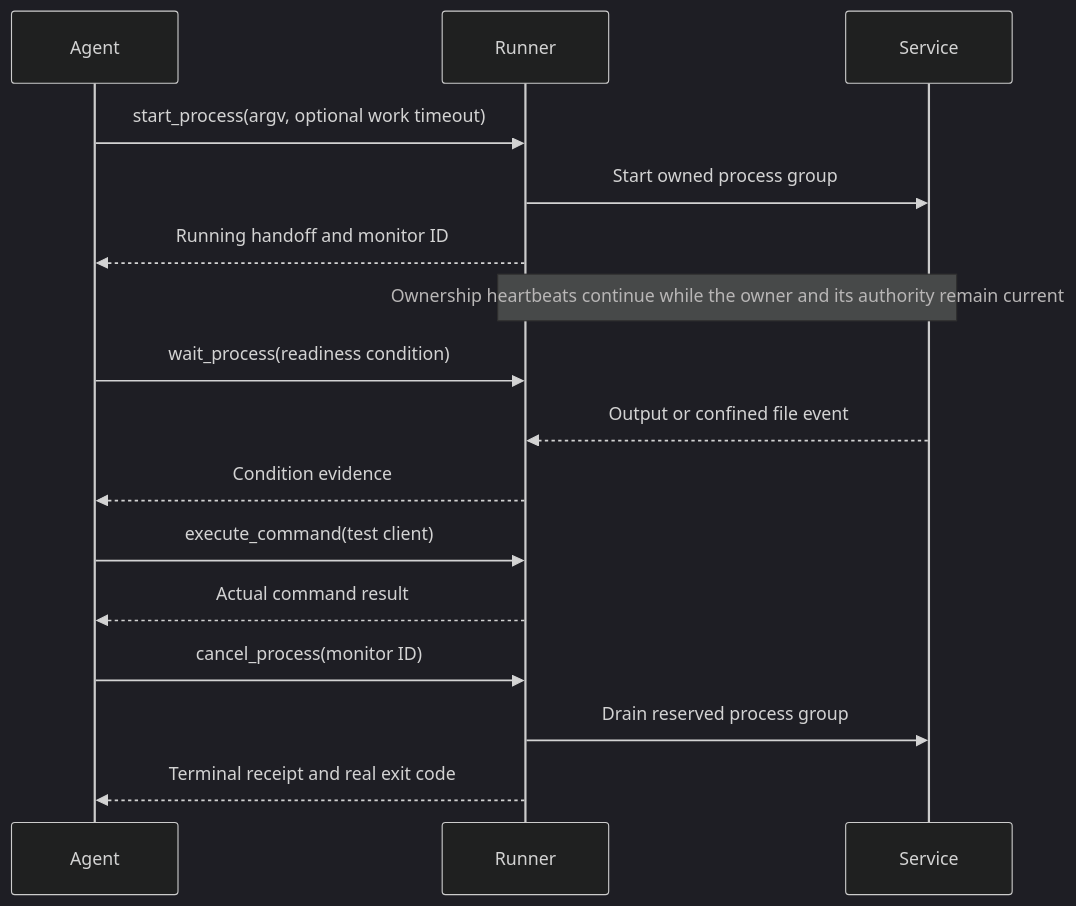
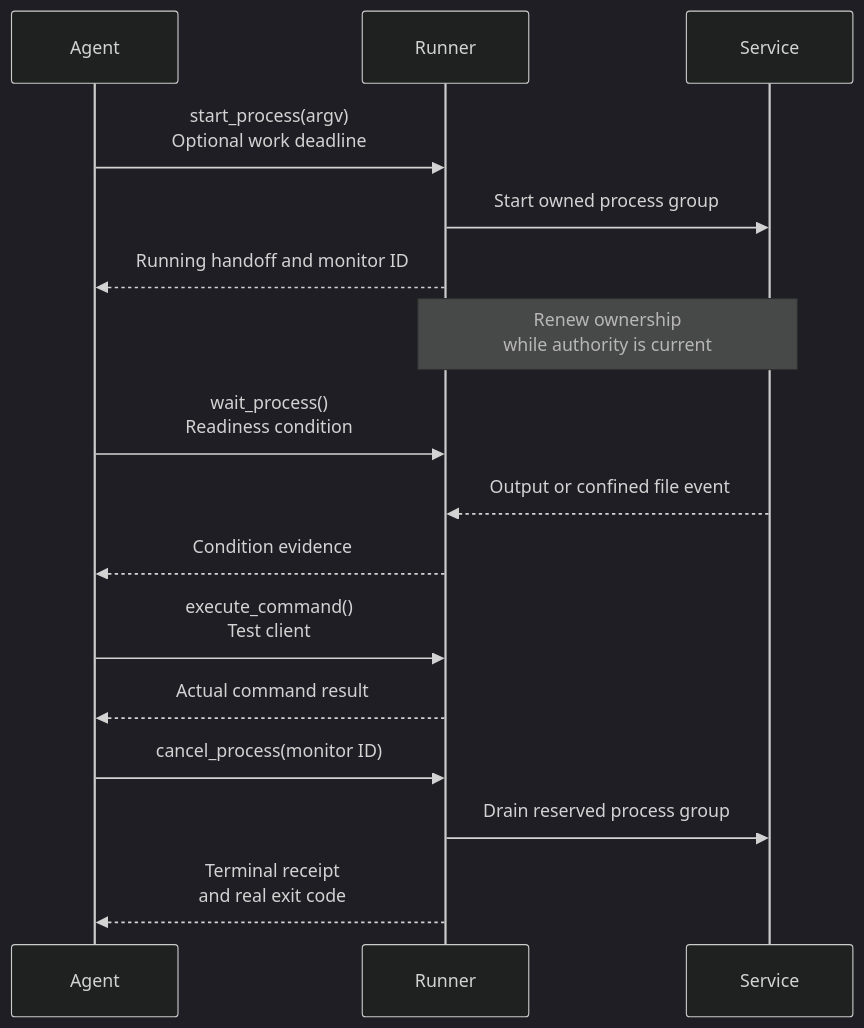
One commit to fireflyframework/firefly-forge changed the diagram in docs/runner-monitors.md. Above: the diagram before and after it, drawn with Mermaid (dark theme). The commit also changed other lines of this file and 583 other files, not shown here.

````diff
--- a/docs/runner-monitors.md
+++ b/docs/runner-monitors.md
@@ -61,18 +63,18 @@
 ```mermaid
 sequenceDiagram
     participant Agent
     participant Runner
     participant Service
-    Agent->>Runner: start_process(argv, optional work timeout)
+    Agent->>Runner: start_process(argv)<br/>Optional work deadline
     Runner->>Service: Start owned process group
     Runner-->>Agent: Running handoff and monitor ID
-    Note over Runner,Service: Ownership heartbeats continue while the owner and its authority remain current
-    Agent->>Runner: wait_process(readiness condition)
+    Note over Runner,Service: Renew ownership<br/>while authority is current
+    Agent->>Runner: wait_process()<br/>Readiness condition
     Service-->>Runner: Output or confined file event
     Runner-->>Agent: Condition evidence
-    Agent->>Runner: execute_command(test client)
+    Agent->>Runner: execute_command()<br/>Test client
     Runner-->>Agent: Actual command result
     Agent->>Runner: cancel_process(monitor ID)
     Runner->>Service: Drain reserved process group
-    Runner-->>Agent: Terminal receipt and real exit code
+    Runner-->>Agent: Terminal receipt<br/>and real exit code
 ```
````
